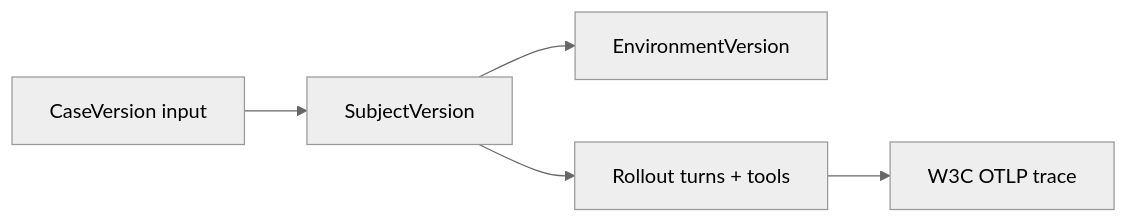
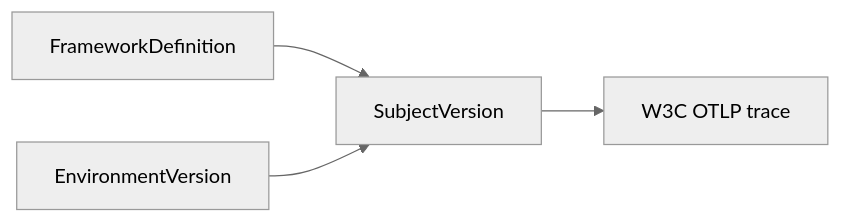
Before and after one commit to softprobe/document-website: the fourth of 8 diagrams in en/evaluation/how-it-works.md, drawn with Mermaid (neutral theme). The commit also changed other lines of this file and 57 other files, not shown here.

````diff
--- a/en/evaluation/how-it-works.md
+++ b/en/evaluation/how-it-works.md
@@ -105,12 +95,10 @@
 ```mermaid
 flowchart LR
-  Case[CaseVersion input]
+  Def[FrameworkDefinition]
   Sub[SubjectVersion]
   Env[EnvironmentVersion]
-  Roll[Rollout turns + tools]
   Trace[W3C OTLP trace]
-  Case --> Sub
-  Sub --> Env
-  Sub --> Roll
-  Roll --> Trace
+  Def --> Sub
+  Env --> Sub
+  Sub --> Trace
 ```
````
